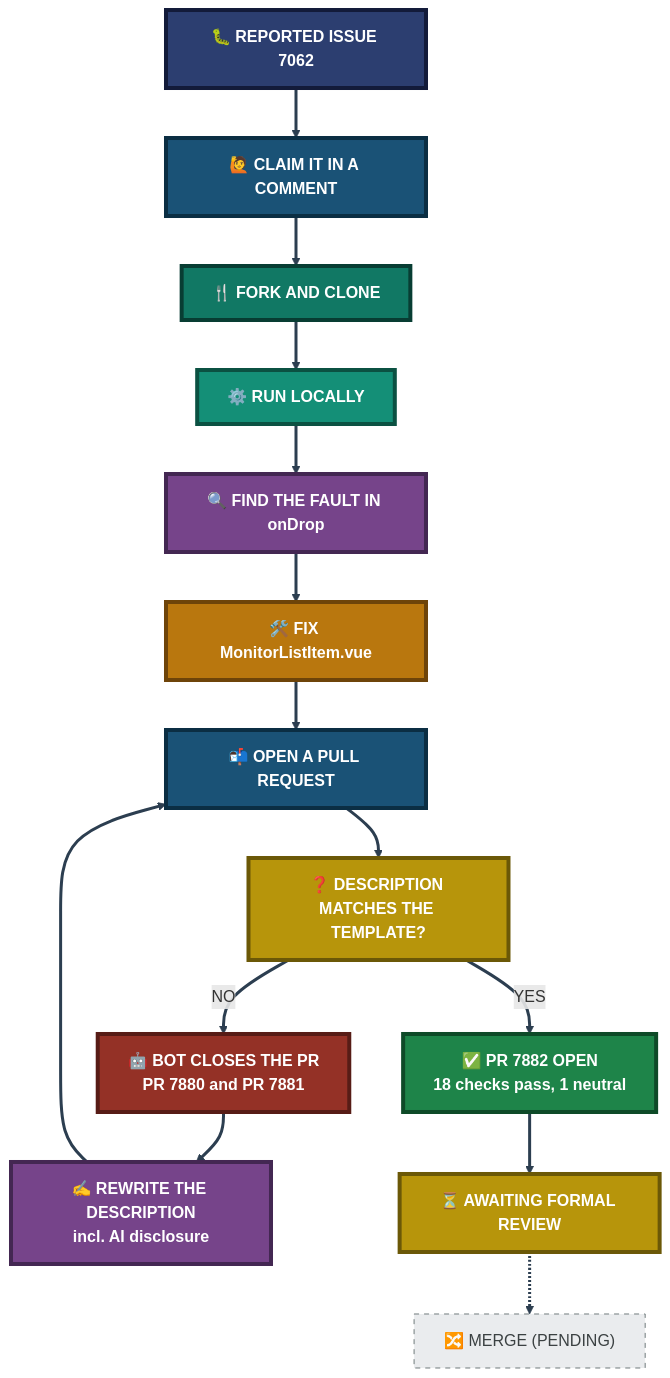
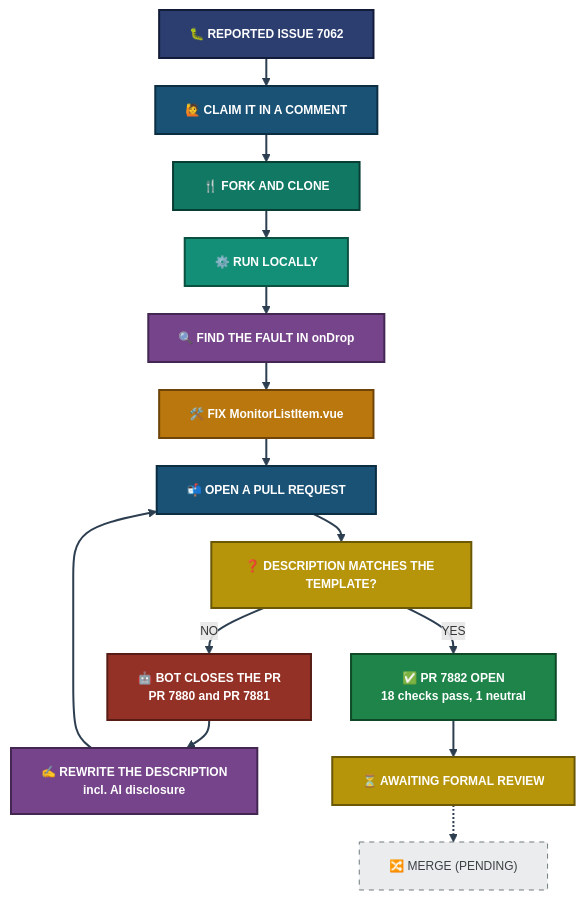
The fourth of 4 diagrams in project-4-uptime-kuma-open-source-contribution/README.md (malaika-azhar/Real-World-Tier2-Support-Projects), drawn with Mermaid before and after one commit. The commit also changed other lines of this file, not shown here.

````diff
--- a/project-4-uptime-kuma-open-source-contribution/README.md
+++ b/project-4-uptime-kuma-open-source-contribution/README.md
@@ -580,40 +583,41 @@
 ```mermaid
+%%{init: {'flowchart': {'nodeSpacing': 20, 'rankSpacing': 28, 'htmlLabels': true}, 'themeVariables': {'fontSize': '12px'}}}%%
 flowchart TB
     Iss["🐛 REPORTED ISSUE 7062"]:::issClass
     Claim["🙋 CLAIM IT IN A COMMENT"]:::claimClass
     Fork["🍴 FORK AND CLONE"]:::forkClass
     Run["⚙️ RUN LOCALLY"]:::runClass
     Find["🔍 FIND THE FAULT IN onDrop"]:::findClass
     Fix["🛠️ FIX MonitorListItem.vue"]:::fixClass
     Open["📬 OPEN A PULL REQUEST"]:::openClass
     Tmpl["❓ DESCRIPTION MATCHES THE TEMPLATE?"]:::tmplClass
     Bot["🤖 BOT CLOSES THE PR<br/>PR 7880 and PR 7881"]:::botClass
     Redo["✍️ REWRITE THE DESCRIPTION<br/>incl. AI disclosure"]:::redoClass
     Live["✅ PR 7882 OPEN<br/>18 checks pass, 1 neutral"]:::liveClass
     Rev["⏳ AWAITING FORMAL REVIEW"]:::revClass
     Merge["🔀 MERGE (PENDING)"]:::mergeClass
 
     Iss --> Claim --> Fork --> Run --> Find --> Fix --> Open --> Tmpl
     Tmpl -->|NO| Bot
     Bot --> Redo
     Redo --> Open
     Tmpl -->|YES| Live
     Live --> Rev
     Rev -.-> Merge
 
-    classDef issClass fill:#2C3E70,stroke:#131B3A,stroke-width:4px,color:#FFFFFF,font-weight:bold
-    classDef claimClass fill:#1A5276,stroke:#0B2E43,stroke-width:4px,color:#FFFFFF,font-weight:bold
-    classDef forkClass fill:#117864,stroke:#083D33,stroke-width:4px,color:#FFFFFF,font-weight:bold
-    classDef runClass fill:#148F77,stroke:#0B5142,stroke-width:4px,color:#FFFFFF,font-weight:bold
-    classDef findClass fill:#76448A,stroke:#432752,stroke-width:4px,color:#FFFFFF,font-weight:bold
-    classDef fixClass fill:#B9770E,stroke:#6E4409,stroke-width:4px,color:#FFFFFF,font-weight:bold
-    classDef openClass fill:#1A5276,stroke:#0B2E43,stroke-width:4px,color:#FFFFFF,font-weight:bold
-    classDef tmplClass fill:#B7950B,stroke:#6B5807,stroke-width:4px,color:#FFFFFF,font-weight:bold
-    classDef botClass fill:#943126,stroke:#571C16,stroke-width:4px,color:#FFFFFF,font-weight:bold
-    classDef redoClass fill:#76448A,stroke:#432752,stroke-width:4px,color:#FFFFFF,font-weight:bold
-    classDef liveClass fill:#1E8449,stroke:#0E4A28,stroke-width:4px,color:#FFFFFF,font-weight:bold
-    classDef revClass fill:#B7950B,stroke:#6B5807,stroke-width:4px,color:#FFFFFF,font-weight:bold
+    classDef issClass fill:#2C3E70,stroke:#131B3A,stroke-width:2px,color:#FFFFFF,font-weight:bold
+    classDef claimClass fill:#1A5276,stroke:#0B2E43,stroke-width:2px,color:#FFFFFF,font-weight:bold
+    classDef forkClass fill:#117864,stroke:#083D33,stroke-width:2px,color:#FFFFFF,font-weight:bold
+    classDef runClass fill:#148F77,stroke:#0B5142,stroke-width:2px,color:#FFFFFF,font-weight:bold
+    classDef findClass fill:#76448A,stroke:#432752,stroke-width:2px,color:#FFFFFF,font-weight:bold
+    classDef fixClass fill:#B9770E,stroke:#6E4409,stroke-width:2px,color:#FFFFFF,font-weight:bold
+    classDef openClass fill:#1A5276,stroke:#0B2E43,stroke-width:2px,color:#FFFFFF,font-weight:bold
+    classDef tmplClass fill:#B7950B,stroke:#6B5807,stroke-width:2px,color:#FFFFFF,font-weight:bold
+    classDef botClass fill:#943126,stroke:#571C16,stroke-width:2px,color:#FFFFFF,font-weight:bold
+    classDef redoClass fill:#76448A,stroke:#432752,stroke-width:2px,color:#FFFFFF,font-weight:bold
+    classDef liveClass fill:#1E8449,stroke:#0E4A28,stroke-width:2px,color:#FFFFFF,font-weight:bold
+    classDef revClass fill:#B7950B,stroke:#6B5807,stroke-width:2px,color:#FFFFFF,font-weight:bold
     classDef mergeClass fill:#EAECEE,stroke:#707B7C,color:#3B4142,stroke-dasharray: 5 5
 
-    linkStyle default stroke:#2C3E50,stroke-width:3px
+    linkStyle default stroke:#2C3E50,stroke-width:2px
 ```
````
